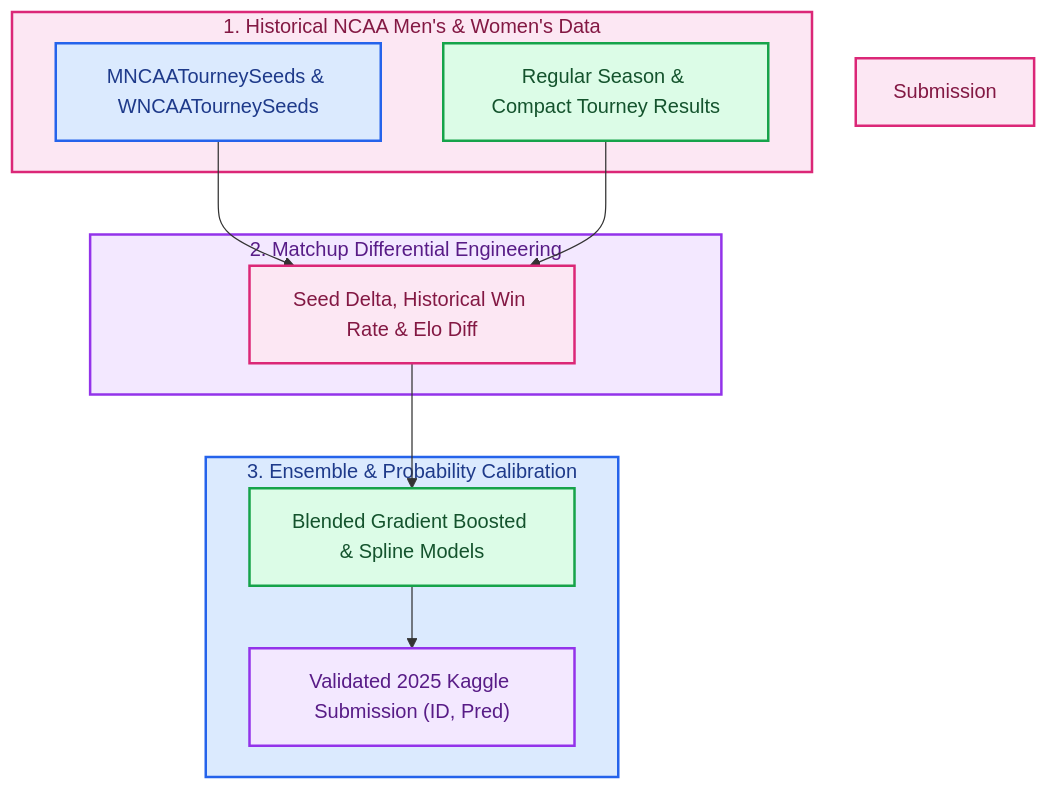
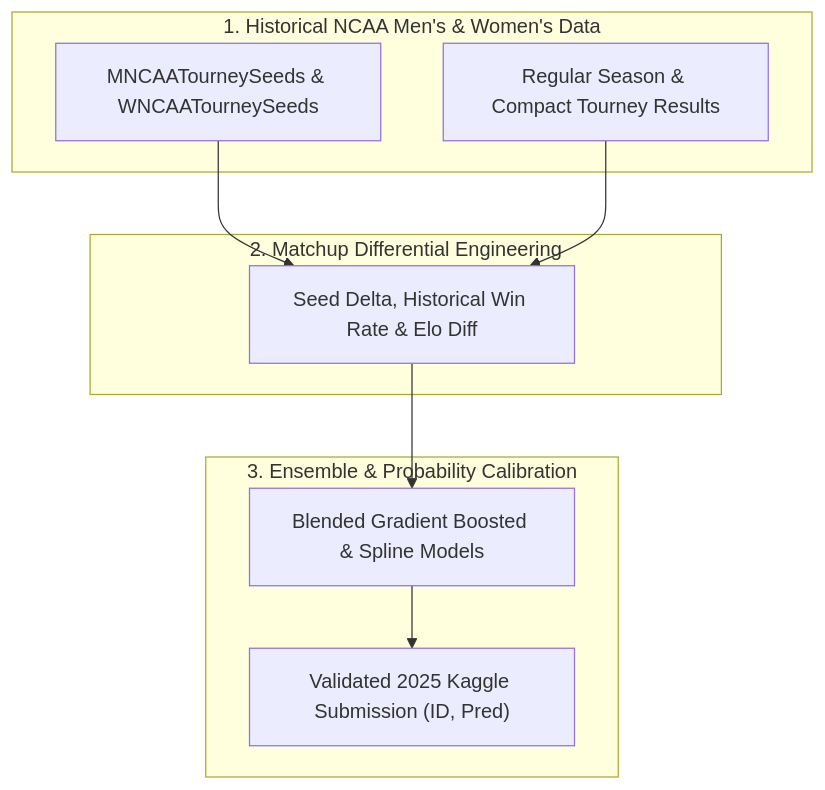
Before and after one commit to RobinaMirbahar/March-Mania-2025---Kaggle-Competition: the diagram in README.md, drawn with Mermaid.

Commit message:
docs: revert Mermaid color overrides for crisp native GitHub rendering and consolidate header

````diff
--- a/README.md
+++ b/README.md
@@ -23,24 +23,15 @@
 ```mermaid
 flowchart TD
     subgraph Data ["1. Historical NCAA Men's & Women's Data"]
         D_Seed["MNCAATourneySeeds & WNCAATourneySeeds"]
         D_Res["Regular Season & Compact Tourney Results"]
     end
     subgraph Feat ["2. Matchup Differential Engineering"]
         F_Diff["Seed Delta, Historical Win Rate & Elo Diff"]
     end
     subgraph Model ["3. Ensemble & Probability Calibration"]
         M_Fit["Blended Gradient Boosted & Spline Models"]
         M_Sub["Validated 2025 Kaggle Submission (ID, Pred)"]
     end
     D_Seed & D_Res --> F_Diff --> M_Fit --> M_Sub
-    style Data fill:#fce7f3,stroke:#db2777,stroke-width:2px,color:#831843
-    style D_Seed fill:#dbeafe,stroke:#2563eb,stroke-width:2px,color:#1e3a8a
-    style D_Res fill:#dcfce7,stroke:#16a34a,stroke-width:2px,color:#14532d
-    style Feat fill:#f3e8ff,stroke:#9333ea,stroke-width:2px,color:#581c87
-    style F_Diff fill:#fce7f3,stroke:#db2777,stroke-width:2px,color:#831843
-    style Model fill:#dbeafe,stroke:#2563eb,stroke-width:2px,color:#1e3a8a
-    style M_Fit fill:#dcfce7,stroke:#16a34a,stroke-width:2px,color:#14532d
-    style M_Sub fill:#f3e8ff,stroke:#9333ea,stroke-width:2px,color:#581c87
-    style Submission fill:#fce7f3,stroke:#db2777,stroke-width:2px,color:#831843
 ```
````
